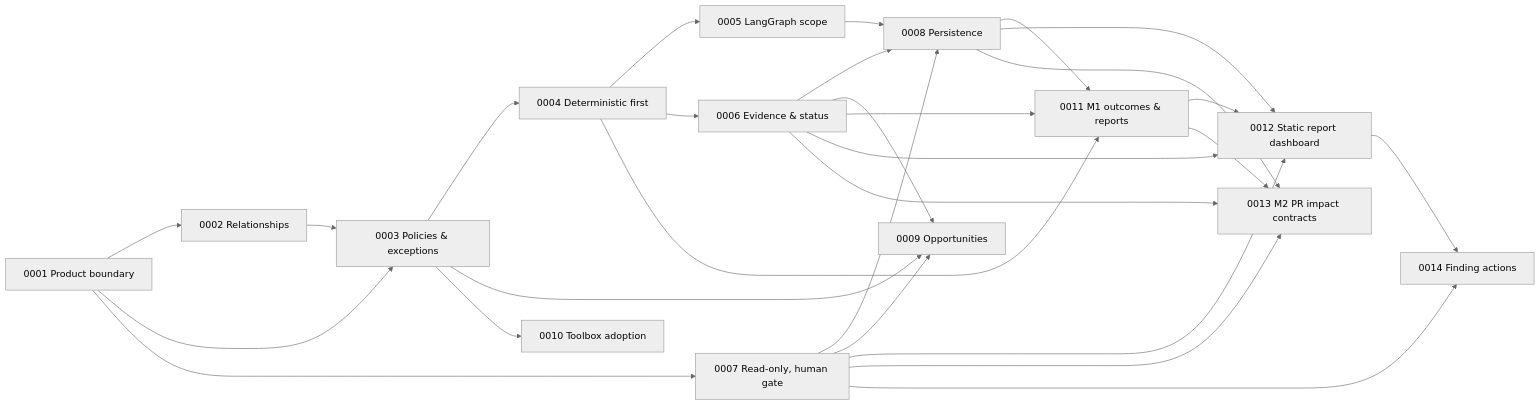
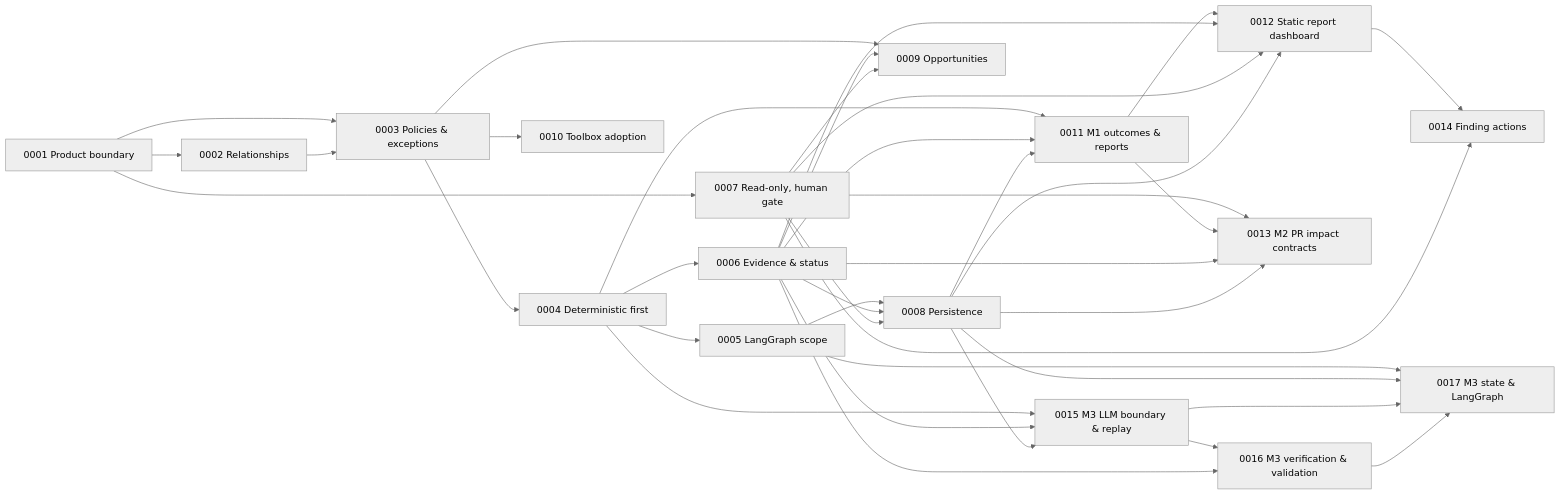
Before and after one commit to koydas/repo-orchestrator: the diagram in docs/adr/README.md, drawn with Mermaid (neutral theme). The commit also changed other lines of this file and 59 other files, not shown here.

````diff
--- a/docs/adr/README.md
+++ b/docs/adr/README.md
@@ -28,30 +31,39 @@
 ```mermaid
 flowchart LR
     A1["0001 Product boundary"] --> A2["0002 Relationships"]
     A1 --> A3["0003 Policies & exceptions"]
     A2 --> A3
     A3 --> A4["0004 Deterministic first"]
     A4 --> A5["0005 LangGraph scope"]
     A4 --> A6["0006 Evidence & status"]
     A1 --> A7["0007 Read-only, human gate"]
     A5 --> A8["0008 Persistence"]
     A6 --> A8
     A7 --> A8
     A3 --> A9["0009 Opportunities"]
     A6 --> A9
     A7 --> A9
     A3 --> A10["0010 Toolbox adoption"]
     A4 --> A11["0011 M1 outcomes & reports"]
     A6 --> A11
     A8 --> A11
     A11 --> A12["0012 Static report dashboard"]
     A6 --> A12
     A7 --> A12
     A8 --> A12
     A7 --> A13["0013 M2 PR impact contracts"]
     A11 --> A13
     A6 --> A13
     A8 --> A13
     A12 --> A14["0014 Finding actions"]
     A7 --> A14
+    A4 --> A15["0015 M3 LLM boundary & replay"]
+    A6 --> A15
+    A8 --> A15
+    A15 --> A16["0016 M3 verification & validation"]
+    A6 --> A16
+    A5 --> A17["0017 M3 state & LangGraph"]
+    A8 --> A17
+    A15 --> A17
+    A16 --> A17
 ```
````
